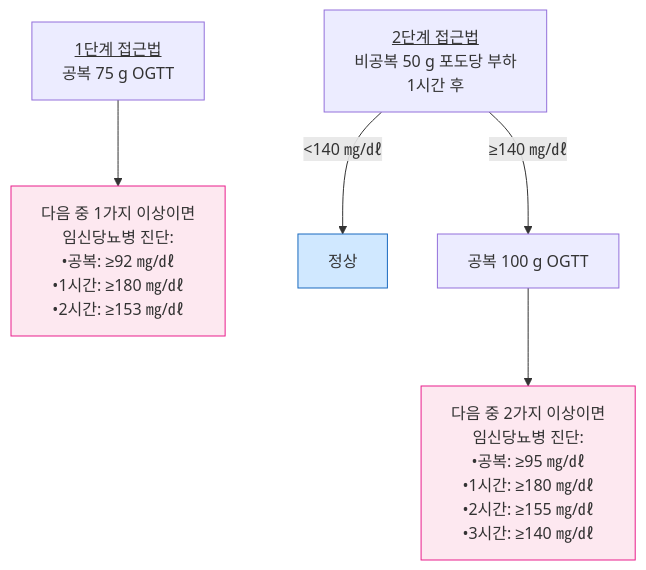
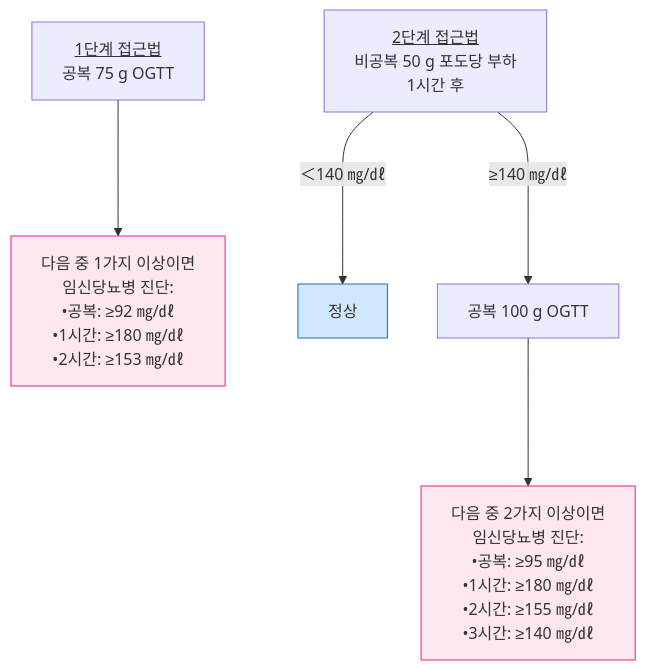
One commit to familyoh77/familyoh77 changed the fourth of 4 diagrams in 226_/100_-diabetes-mellitus.md. Above: the diagram before and after it, drawn with Mermaid. The commit also changed other lines of this file and 9 other files, not shown here.

````diff
--- a/226_/100_-diabetes-mellitus.md
+++ b/226_/100_-diabetes-mellitus.md
@@ -795,14 +845,14 @@
 ```mermaid
 graph TD
     A["<u>1단계 접근법</u><br/>공복 75 g OGTT"]
-    A --> F["다음 중 1가지 이상이면<br/>임신당뇨병 진단:<br/>•공복: ≥92 ㎎/㎗<br/>•1시간: ≥180 ㎎/㎗<br/>•2시간: ≥153 ㎎/㎗"]
+    A ---> F["다음 중 1가지 이상이면<br/>임신당뇨병 진단:<br/>•공복: ≥92 ㎎/㎗<br/>•1시간: ≥180 ㎎/㎗<br/>•2시간: ≥153 ㎎/㎗"]
     B["<u>2단계 접근법</u><br/>비공복 50 g 포도당 부하 <br/>1시간 후"]
-    B -->|"<140 ㎎/㎗"| D["정상"]
-    B -->|"≥140 ㎎/㎗"| E["공복 100 g OGTT"]
-    E --> G["다음 중 2가지 이상이면<br/>임신당뇨병 진단:<br/>•공복: ≥95 ㎎/㎗<br/>•1시간: ≥180 ㎎/㎗<br/>•2시간: ≥155 ㎎/㎗<br/>•3시간: ≥140 ㎎/㎗"]
-    
+    B --->|"＜140 ㎎/㎗"| D["정상"]
+    B --->|"≥140 ㎎/㎗"| E["공복 100 g OGTT"]
+    E ---> G["다음 중 2가지 이상이면<br/>임신당뇨병 진단:<br/>•공복: ≥95 ㎎/㎗<br/>•1시간: ≥180 ㎎/㎗<br/>•2시간: ≥155 ㎎/㎗<br/>•3시간: ≥140 ㎎/㎗"]
+
 
 classDef pink fill:#fde8f0,stroke:#e91e8c
 class F,G pink
 style D fill:#d0e8ff,stroke:#1a6abf
 ```
````
